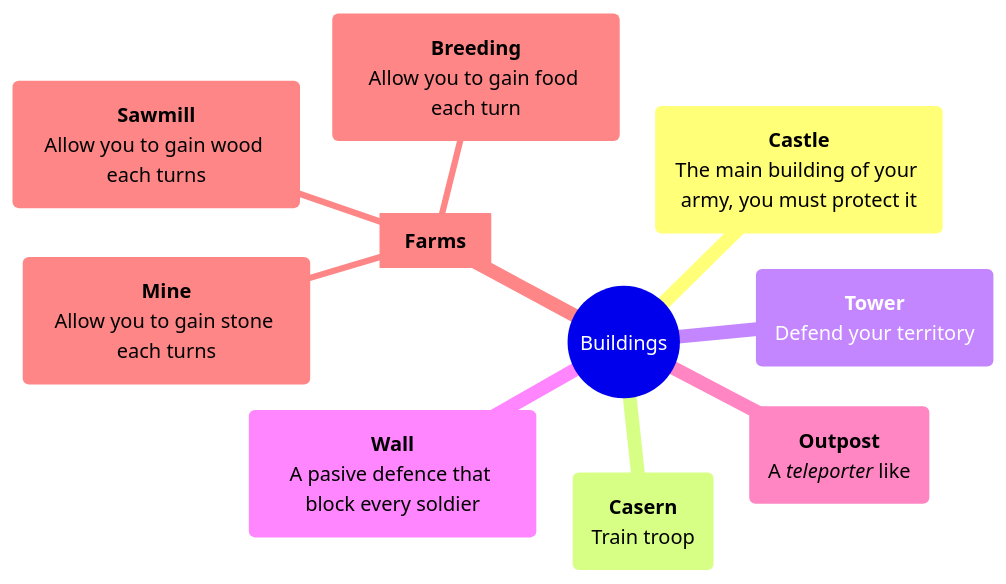
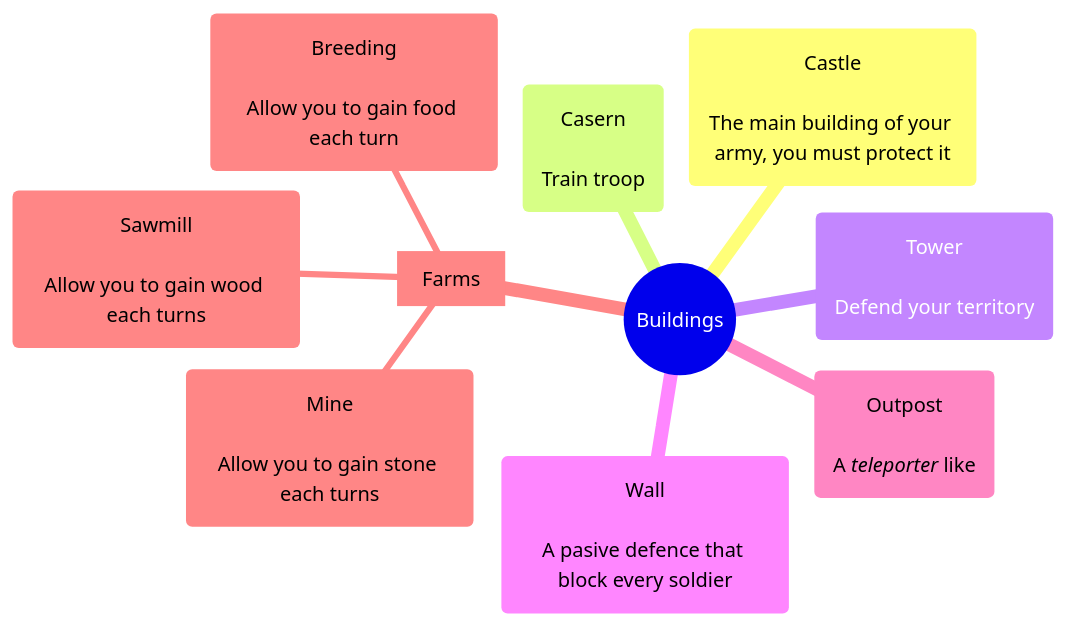
One commit to CoCoSol007/border-wars changed the first of 3 diagrams in README.md. Above: the diagram before and after it, drawn with Mermaid. The commit also changed other lines of this file and 1 other file, not shown here.

Commit message:
Remove mind map fomatage (!3)

````diff
--- a/README.md
+++ b/README.md
@@ -17,21 +17,21 @@
 ```mermaid
 mindmap
   root((Buildings))
-    ("`**Castle**
-    The main building of your army, you must protect it`")
-    ("`**Casern**
-      Train troop`")
-    ("`**Tower**
-      Defend your territory`")
-    ("`**Wall**
-    A pasive defence that block every soldier`")
-    ("`**Outpost**
-    A *teleporter* like`")
-    [**Farms**]
-      ("`**Mine**
-      Allow you to gain stone each turns`")
-      ("`**Sawmill**
-      Allow you to gain wood each turns`")
-      ("`**Breeding**
-      Allow you to gain food each turn`")
+    ("Castle</br>
+    The main building of your army, you must protect it")
+    ("Casern</br>
+      Train troop")
+    ("Tower</br>
+      Defend your territory")
+    ("Wall</br>
+    A pasive defence that block every soldier")
+    ("Outpost</br>
+    A *teleporter* like")
+    [Farms]
+      ("Mine</br>
+      Allow you to gain stone each turns")
+      ("Sawmill</br>
+      Allow you to gain wood each turns")
+      ("Breeding</br>
+      Allow you to gain food each turn")
 ```
````
